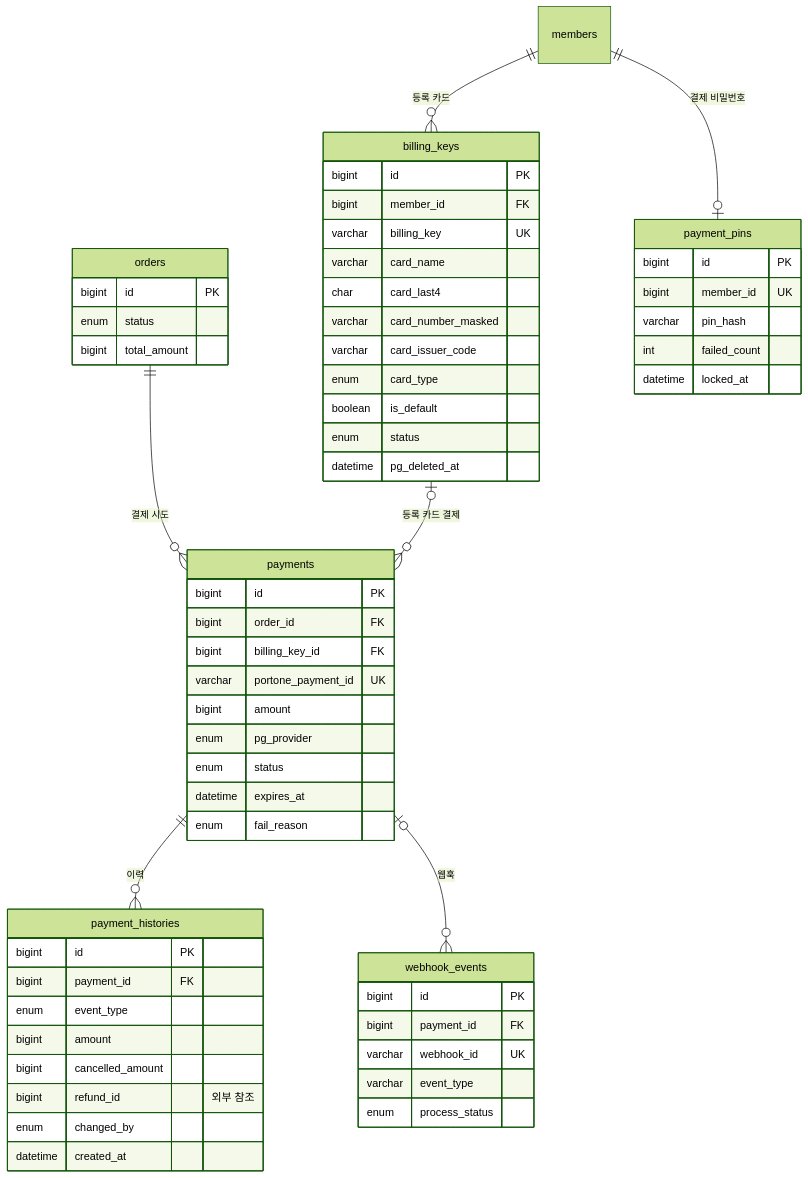
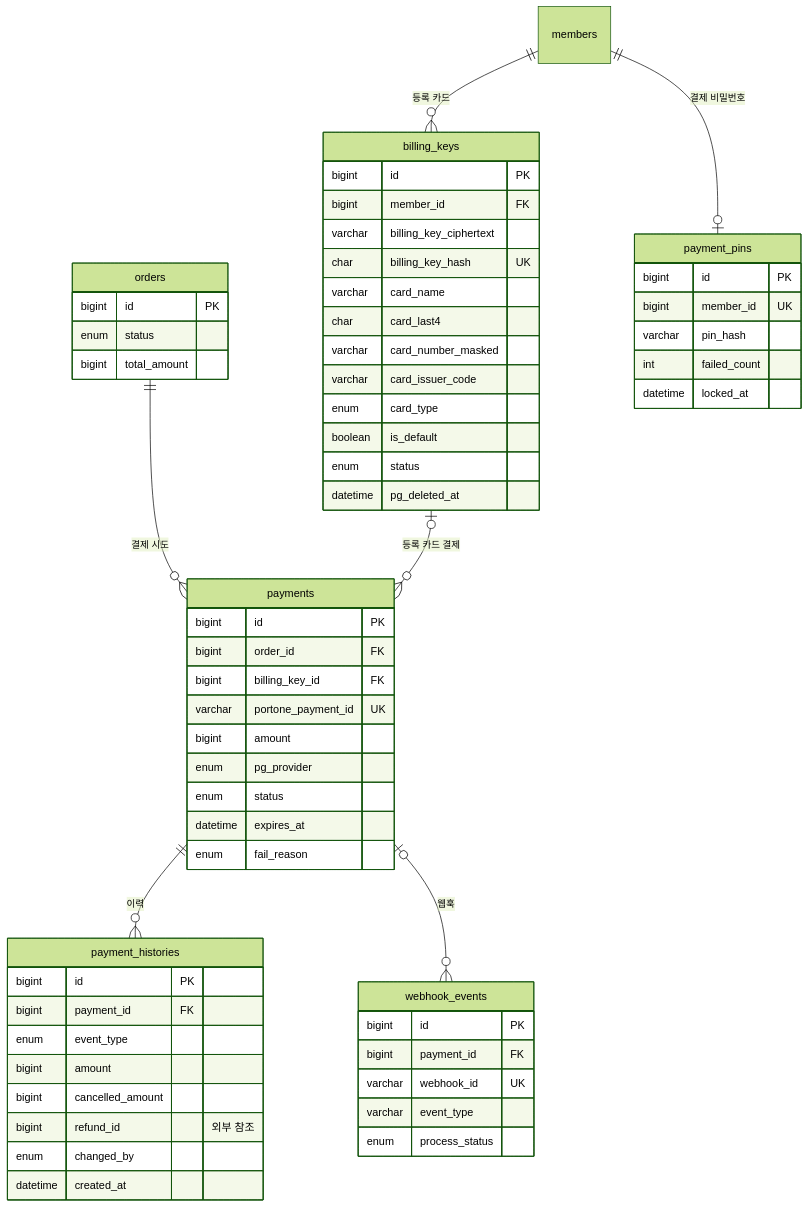
Before and after one commit to sparta-final-4/take-care-of-my-fridge: the seventh of 8 diagrams in docs/database/erd.md, drawn with Mermaid (forest theme). The commit also changed 5 other files, not shown here.

````diff
--- a/docs/database/erd.md
+++ b/docs/database/erd.md
@@ -297,63 +297,64 @@
 ```mermaid
 erDiagram
     orders ||--o{ payments : "결제 시도"
     members ||--o{ billing_keys : "등록 카드"
     members ||--o| payment_pins : "결제 비밀번호"
     billing_keys |o--o{ payments : "등록 카드 결제"
     payments ||--o{ payment_histories : "이력"
     payments |o--o{ webhook_events : "웹훅"
 
     orders {
         bigint id PK
         enum status
         bigint total_amount
     }
     billing_keys {
         bigint id PK
         bigint member_id FK
-        varchar billing_key UK
+        varchar billing_key_ciphertext
+        char billing_key_hash UK
         varchar card_name
         char card_last4
         varchar card_number_masked
         varchar card_issuer_code
         enum card_type
         boolean is_default
         enum status
         datetime pg_deleted_at
     }
     payment_pins {
         bigint id PK
         bigint member_id UK
         varchar pin_hash
         int failed_count
         datetime locked_at
     }
     payments {
         bigint id PK
         bigint order_id FK
         bigint billing_key_id FK
         varchar portone_payment_id UK
         bigint amount
         enum pg_provider
         enum status
         datetime expires_at
         enum fail_reason
     }
     payment_histories {
         bigint id PK
         bigint payment_id FK
         enum event_type
         bigint amount
         bigint cancelled_amount
         bigint refund_id "외부 참조"
         enum changed_by
         datetime created_at
     }
     webhook_events {
         bigint id PK
         bigint payment_id FK
         varchar webhook_id UK
         varchar event_type
         enum process_status
     }
 ```
````
